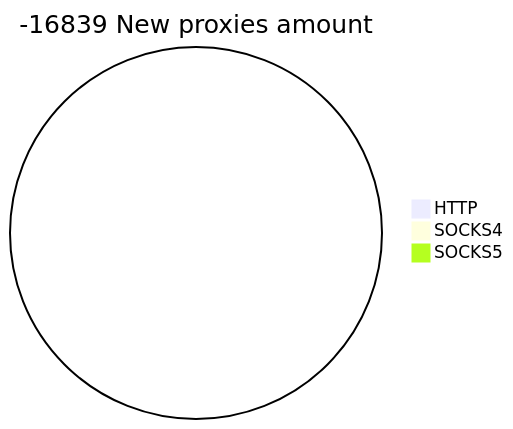
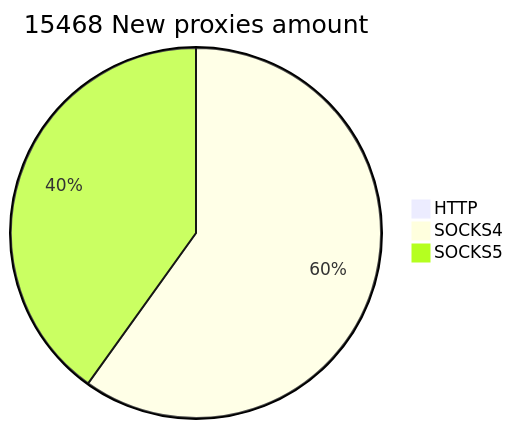
The second of 2 diagrams in README.md (cutipu/proxylist), drawn with Mermaid before and after one commit. The commit also changed other lines of this file, not shown here.

````diff
--- a/README.md
+++ b/README.md
@@ -10,6 +10,6 @@
 ```mermaid
-pie title -16839 New proxies amount
+pie title 15468 New proxies amount
     "HTTP" : 0
-    "SOCKS4" : 0
-    "SOCKS5" : 0
+    "SOCKS4" : 9301
+    "SOCKS5" : 6225
 ```
````
